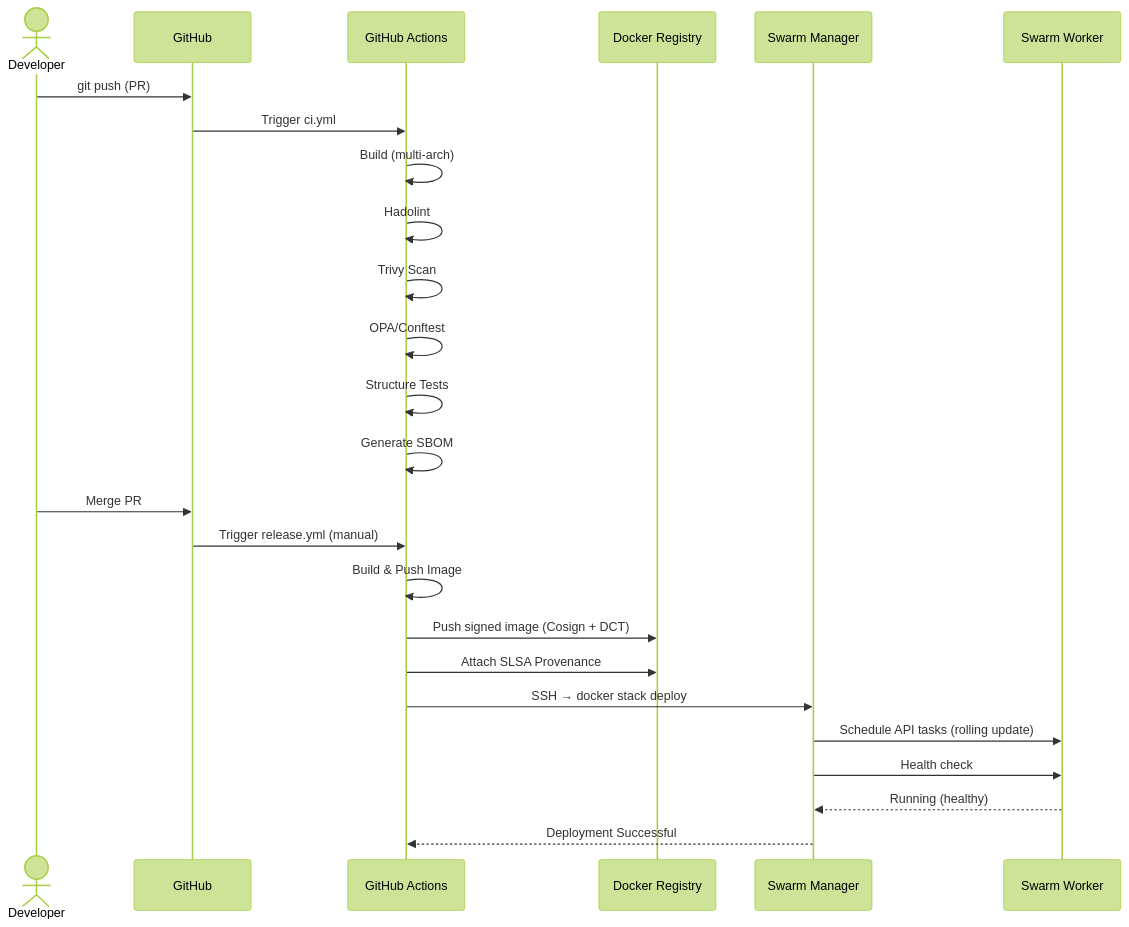
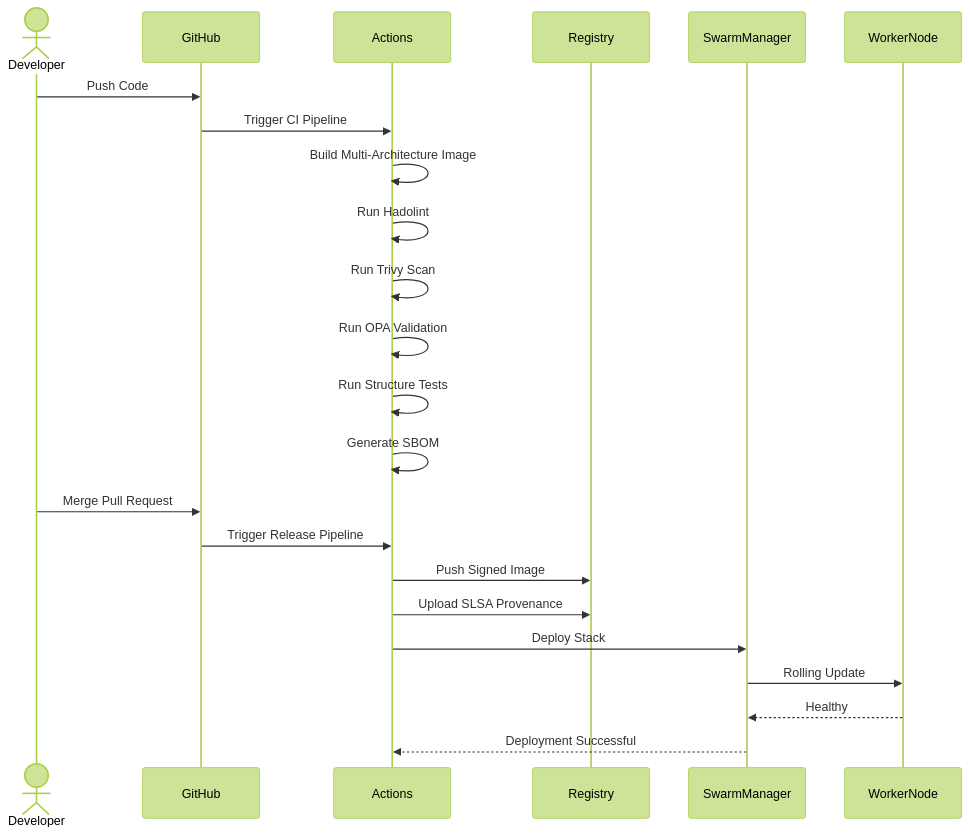
One commit to rajim59/SwarmFort changed the fourth of 5 diagrams in docs/architecture.md. Above: the diagram before and after it, drawn with Mermaid (forest theme). The commit also changed other lines of this file, not shown here.

Commit message:
chore: remove redundant and disconnected scripts (rootless, canary, rolling-update) to clean up architecture

````diff
--- a/docs/architecture.md
+++ b/docs/architecture.md
@@ -112,29 +136,37 @@
 ```mermaid
 sequenceDiagram
+
     actor Dev as Developer
-    participant Git as GitHub
-    participant CI as GitHub Actions
-    participant Registry as Docker Registry
-    participant Swarm as Swarm Manager
-    participant Node as Swarm Worker
 
-    Dev->>Git: git push (PR)
-    Git->>CI: Trigger ci.yml
-    CI->>CI: Build (multi-arch)
-    CI->>CI: Hadolint
-    CI->>CI: Trivy Scan
-    CI->>CI: OPA/Conftest
-    CI->>CI: Structure Tests
-    CI->>CI: Generate SBOM
+    participant GitHub
+    participant Actions
+    participant Registry
+    participant SwarmManager
+    participant WorkerNode
 
-    Dev->>Git: Merge PR
-    Git->>CI: Trigger release.yml (manual)
-    CI->>CI: Build & Push Image
-    CI->>Registry: Push signed image (Cosign + DCT)
-    CI->>Registry: Attach SLSA Provenance
-    CI->>Swarm: SSH → docker stack deploy
-    Swarm->>Node: Schedule API tasks (rolling update)
-    Swarm->>Node: Health check
-    Node-->>Swarm: Running (healthy)
-    Swarm-->>CI: Deployment Successful
+    Dev->>GitHub: Push Code
+
+    GitHub->>Actions: Trigger CI Pipeline
+
+    Actions->>Actions: Build Multi-Architecture Image
+    Actions->>Actions: Run Hadolint
+    Actions->>Actions: Run Trivy Scan
+    Actions->>Actions: Run OPA Validation
+    Actions->>Actions: Run Structure Tests
+    Actions->>Actions: Generate SBOM
+
+    Dev->>GitHub: Merge Pull Request
+
+    GitHub->>Actions: Trigger Release Pipeline
+
+    Actions->>Registry: Push Signed Image
+    Actions->>Registry: Upload SLSA Provenance
+
+    Actions->>SwarmManager: Deploy Stack
+
+    SwarmManager->>WorkerNode: Rolling Update
+
+    WorkerNode-->>SwarmManager: Healthy
+
+    SwarmManager-->>Actions: Deployment Successful
 ```
````
